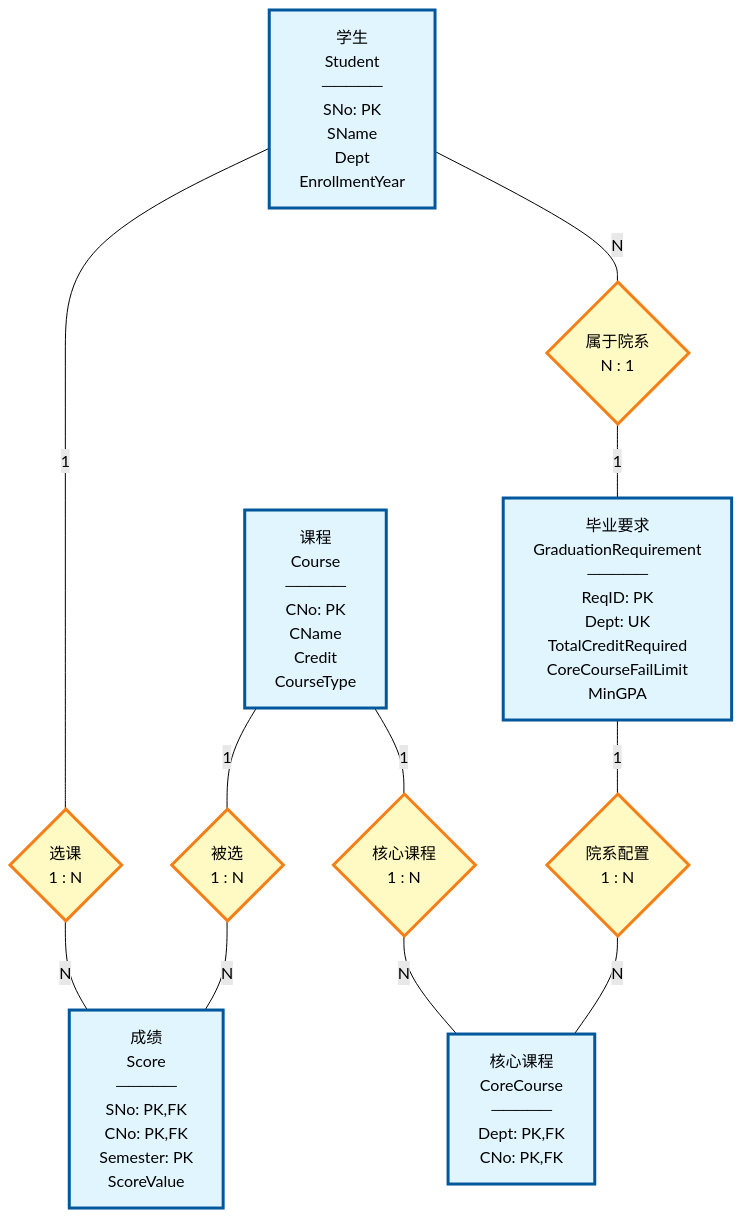
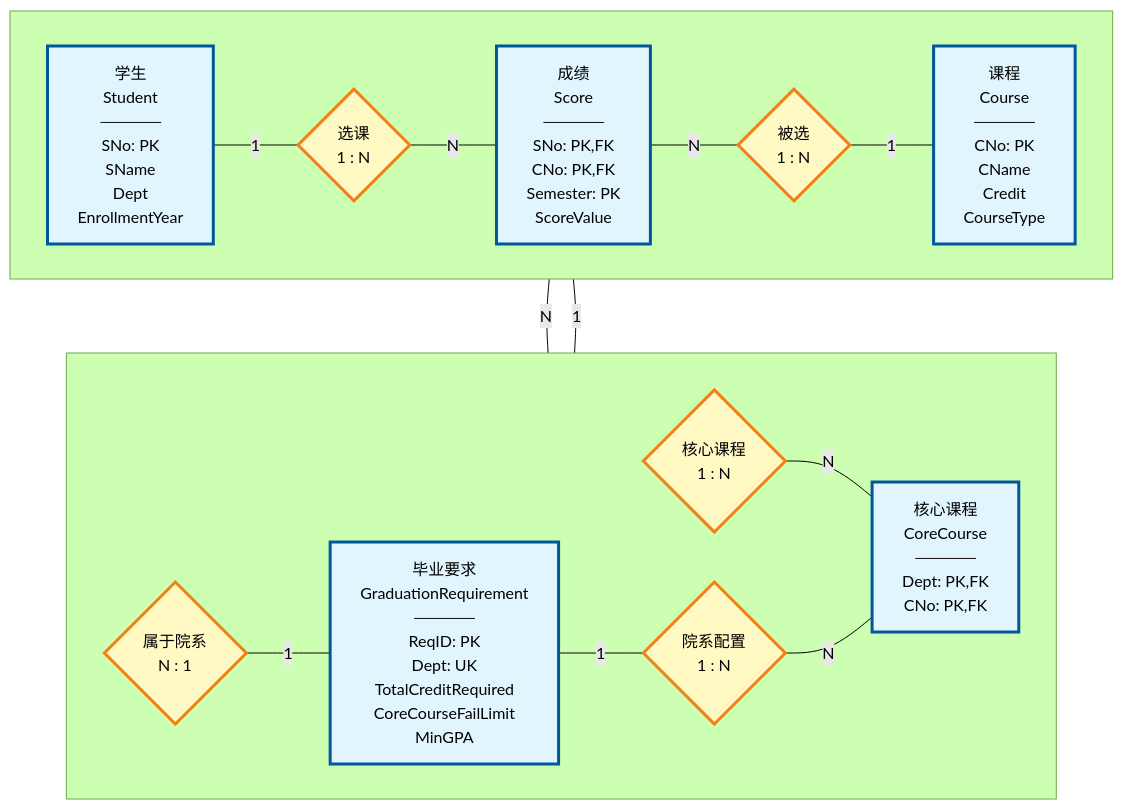
One commit to windalloy/AcademicWarningSystem changed the first of 2 diagrams in ER图.md. Above: the diagram before and after it, drawn with Mermaid (forest theme).

````diff
--- a/ER图.md
+++ b/ER图.md
@@ -7,35 +7,43 @@
 ```mermaid
 flowchart TB
-    %% 实体定义（使用圆角矩形表示）
-    Student[学生<br/>Student<br/>─────<br/>SNo: PK<br/>SName<br/>Dept<br/>EnrollmentYear]
-    Course[课程<br/>Course<br/>─────<br/>CNo: PK<br/>CName<br/>Credit<br/>CourseType]
-    Score[成绩<br/>Score<br/>─────<br/>SNo: PK,FK<br/>CNo: PK,FK<br/>Semester: PK<br/>ScoreValue]
-    GraduationRequirement[毕业要求<br/>GraduationRequirement<br/>─────<br/>ReqID: PK<br/>Dept: UK<br/>TotalCreditRequired<br/>CoreCourseFailLimit<br/>MinGPA]
-    CoreCourse[核心课程<br/>CoreCourse<br/>─────<br/>Dept: PK,FK<br/>CNo: PK,FK]
+    subgraph top[" "]
+        direction LR
+        Student[学生<br/>Student<br/>─────<br/>SNo: PK<br/>SName<br/>Dept<br/>EnrollmentYear]
+        R1{"选课<br/>1 : N"}
+        Score[成绩<br/>Score<br/>─────<br/>SNo: PK,FK<br/>CNo: PK,FK<br/>Semester: PK<br/>ScoreValue]
+        R2{"被选<br/>1 : N"}
+        Course[课程<br/>Course<br/>─────<br/>CNo: PK<br/>CName<br/>Credit<br/>CourseType]
+    end
     
-    %% 关系菱形（使用菱形表示，标注关系类型）
-    R1{"选课<br/>1 : N"}
-    R2{"被选<br/>1 : N"}
-    R3{"属于院系<br/>N : 1"}
-    R4{"核心课程<br/>1 : N"}
-    R5{"院系配置<br/>1 : N"}
+    subgraph bottom[" "]
+        direction LR
+        R3{"属于院系<br/>N : 1"}
+        GraduationRequirement[毕业要求<br/>GraduationRequirement<br/>─────<br/>ReqID: PK<br/>Dept: UK<br/>TotalCreditRequired<br/>CoreCourseFailLimit<br/>MinGPA]
+        R5{"院系配置<br/>1 : N"}
+        CoreCourse[核心课程<br/>CoreCourse<br/>─────<br/>Dept: PK,FK<br/>CNo: PK,FK]
+        R4{"核心课程<br/>1 : N"}
+    end
     
-    %% 连接关系（在连线上标注基数）
+    %% 连接关系（上方：Student和Course到Score）
     Student ---|"1"| R1
     R1 ---|"N"| Score
-    Course ---|"1"| R2
-    R2 ---|"N"| Score
+    Score ---|"N"| R2
+    R2 ---|"1"| Course
+    
+    %% 连接关系（下方：Student到GraduationRequirement）
     Student ---|"N"| R3
     R3 ---|"1"| GraduationRequirement
+    
+    %% 连接关系（下方：Course和GraduationRequirement到CoreCourse）
     Course ---|"1"| R4
     R4 ---|"N"| CoreCourse
     GraduationRequirement ---|"1"| R5
     R5 ---|"N"| CoreCourse
     
     %% 样式定义（实体：蓝色，关系：黄色）
     classDef entityStyle fill:#e1f5ff,stroke:#01579b,stroke-width:3px,color:#000
     classDef relationStyle fill:#fff9c4,stroke:#f57f17,stroke-width:3px,color:#000
     
     class Student,Course,Score,GraduationRequirement,CoreCourse entityStyle
     class R1,R2,R3,R4,R5 relationStyle
 ```
````
